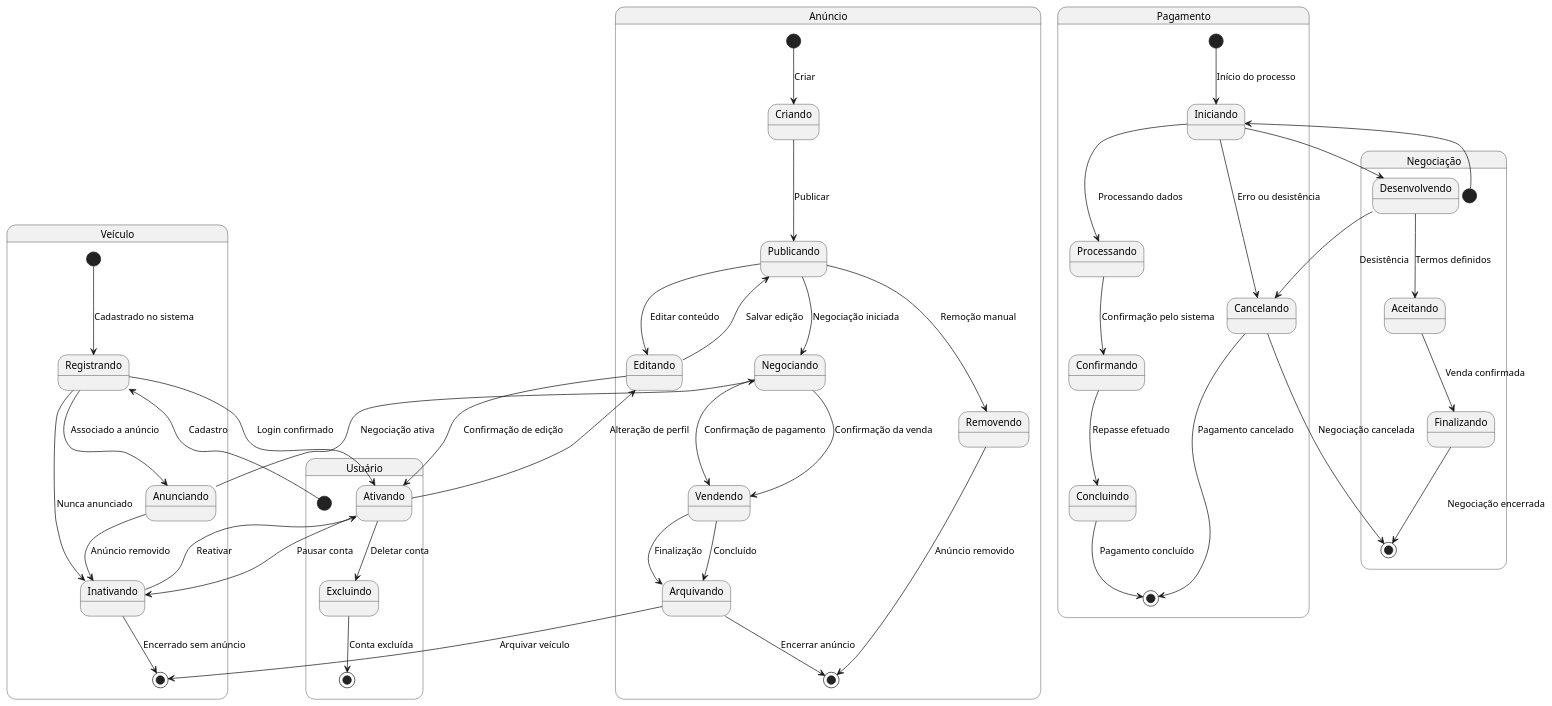
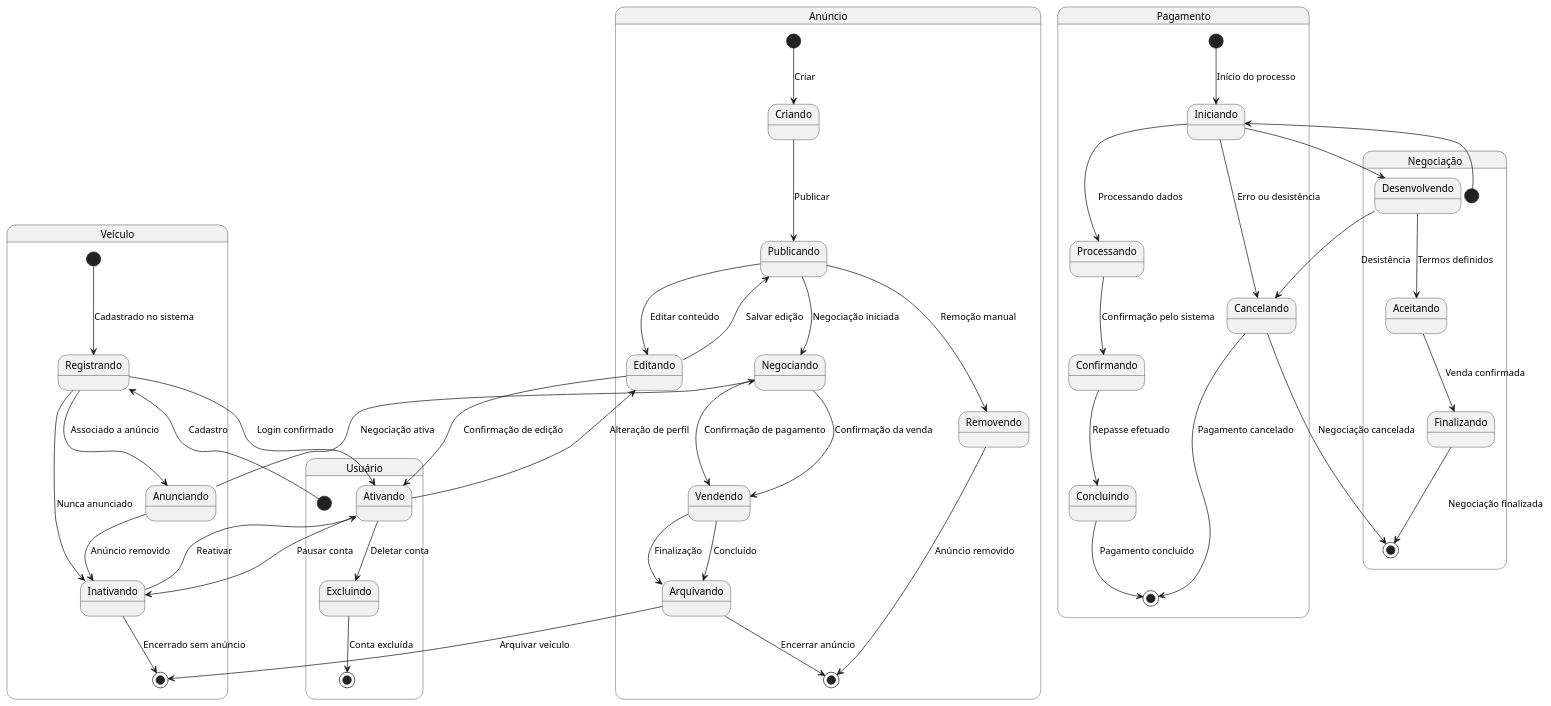
Before and after one commit to guilhermeoliveirateo/sistema-compra-venda-veiculos: the diagram in estado.md, drawn with PlantUML.

````diff
--- a/estado.md
+++ b/estado.md
@@ -1,65 +1,65 @@
 ```plantuml
 @startuml
 
 state "Anúncio" as Anuncio {
   [*] --> Criando : Criar
   Criando --> Publicando : Publicar
   Publicando --> Negociando : Negociação iniciada
   Negociando --> Vendendo : Confirmação de pagamento
   Vendendo --> Arquivando : Finalização
   Arquivando --> [*] : Encerrar anúncio
 
   Publicando --> Editando : Editar conteúdo
   Editando --> Publicando : Salvar edição
   Publicando --> Removendo : Remoção manual
   Removendo --> [*] : Anúncio removido
 }
 
 state "Veículo" as Veiculo {
   [*] --> Registrando : Cadastrado no sistema
   Registrando --> Anunciando : Associado a anúncio
   Anunciando --> Negociando : Negociação ativa
   Negociando --> Vendendo : Confirmação da venda
   Vendendo --> Arquivando : Concluído
   Arquivando --> [*] : Arquivar veículo
 
   Registrando --> Inativando : Nunca anunciado
   Inativando --> [*] : Encerrado sem anúncio
   Anunciando --> Inativando : Anúncio removido
 }
 
 state "Usuário" as Usuario {
   [*] --> Registrando : Cadastro
   Registrando --> Ativando : Login confirmado
   Ativando --> Editando : Alteração de perfil
   Editando --> Ativando : Confirmação de edição
   Ativando --> Inativando : Pausar conta
   Inativando --> Ativando : Reativar
   Ativando --> Excluindo : Deletar conta
   Excluindo --> [*] : Conta excluída
 }
 
 state "Pagamento" as Pagamento {
   [*] --> Iniciando : Início do processo
   Iniciando --> Processando : Processando dados
   Processando --> Confirmando : Confirmação pelo sistema
   Confirmando --> Concluindo : Repasse efetuado
   Concluindo --> [*] : Pagamento concluído
 
   Iniciando --> Cancelando : Erro ou desistência
   Cancelando --> [*] : Pagamento cancelado
 }
 
 state "Negociação" as Negociacao {
   [*] --> Iniciando : Contato inicial
   Iniciando --> Desenvolvendo : Envio de mensagens
   Desenvolvendo --> Aceitando : Termos definidos
   Aceitando --> Finalizando : Venda confirmada
-  Finalizando --> [*] : Negociação encerrada
+  Finalizando --> [*] : Negociação finalizada
 
   Desenvolvendo --> Cancelando : Desistência
   Cancelando --> [*] : Negociação cancelada
 }
 
 @enduml
 ```
````
